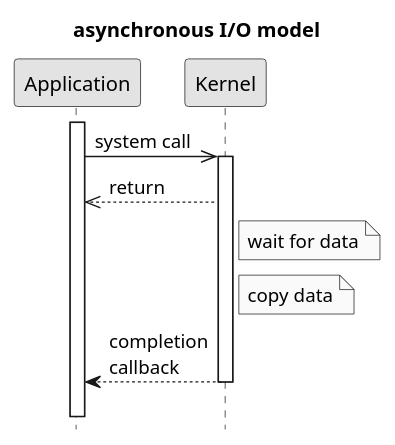
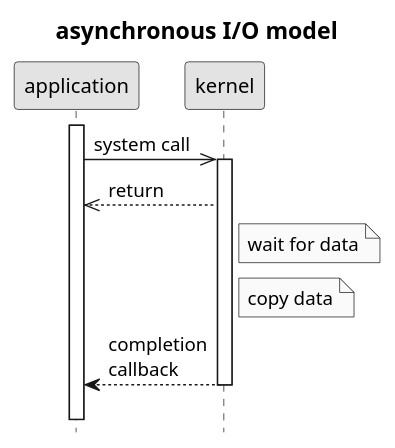
Before and after one commit to c0p4c4b4n4/demo-sockets-io-nio-nio2: the diagram in .images/asynchronous IO model.puml, drawn with PlantUML. The commit also changed 4 other files, not shown here.

```diff
--- a/.images/asynchronous IO model.puml
+++ b/.images/asynchronous IO model.puml
@@ -1,14 +1,15 @@
 @startuml
 title asynchronous I/O model
 hide footbox
 skinparam monochrome true
-activate Application
-Application->>Kernel: system call
-activate Kernel
-Kernel-->>Application: return
-Note right of Kernel: wait for data
-Note right of Kernel: copy data
-Kernel-->Application: completion\ncallback
-deactivate Kernel
+skinparam titleFontSize 16
+activate application
+application->>kernel: system call
+activate kernel
+kernel-->>application: return
+Note right of kernel: wait for data
+Note right of kernel: copy data
+kernel-->application: completion\ncallback
+deactivate kernel
 ||15||
 @enduml
```
